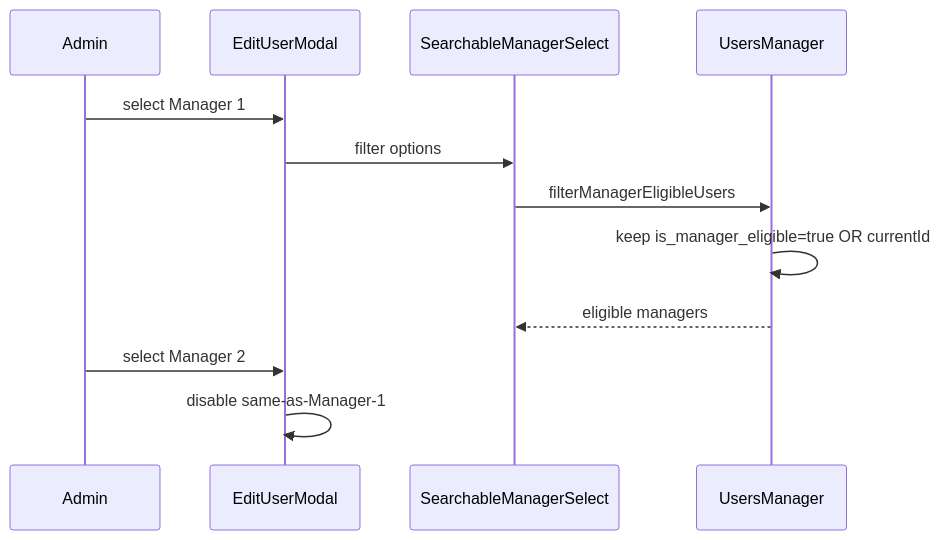
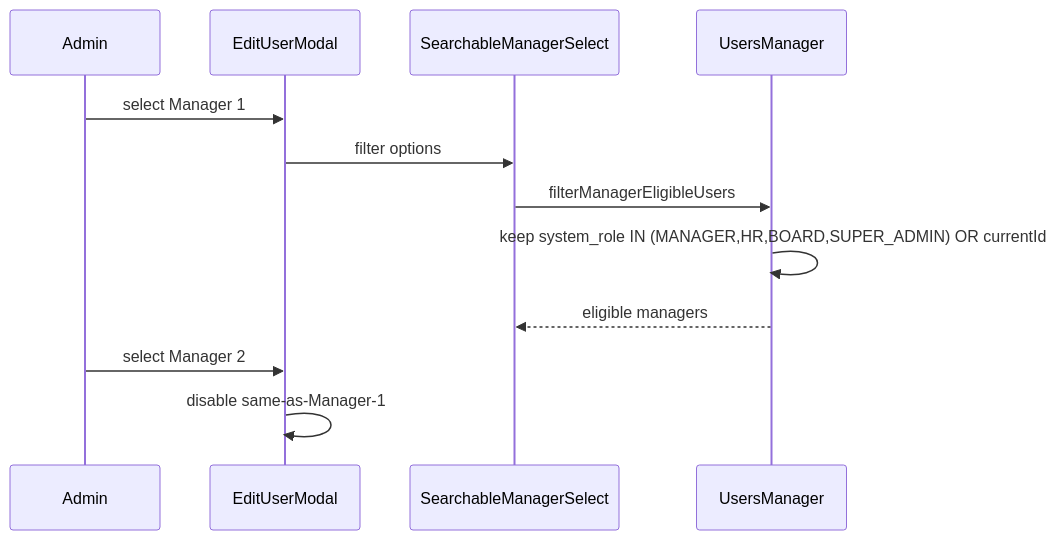
The eighth of 9 diagrams in USER_MANAGEMENT_ARCHITECTURE_ANALYSIS.md (ShanMuhammad23/pms_uol), drawn with Mermaid before and after one commit. The commit also changed other lines of this file and 16 other files, not shown here.

First line of the commit message:
Refactor manager eligibility from is_manager_eligible flag to system_role-based authorization

````diff
--- a/USER_MANAGEMENT_ARCHITECTURE_ANALYSIS.md
+++ b/USER_MANAGEMENT_ARCHITECTURE_ANALYSIS.md
@@ -902,10 +898,10 @@
 ```mermaid
 sequenceDiagram
     Admin->>EditUserModal: select Manager 1
     EditUserModal->>SearchableManagerSelect: filter options
     SearchableManagerSelect->>UsersManager: filterManagerEligibleUsers
-    UsersManager->>UsersManager: keep is_manager_eligible=true OR currentId
+    UsersManager->>UsersManager: keep system_role IN (MANAGER,HR,BOARD,SUPER_ADMIN) OR currentId
     UsersManager-->>SearchableManagerSelect: eligible managers
     Admin->>EditUserModal: select Manager 2
     EditUserModal->>EditUserModal: disable same-as-Manager-1
 ```
````
